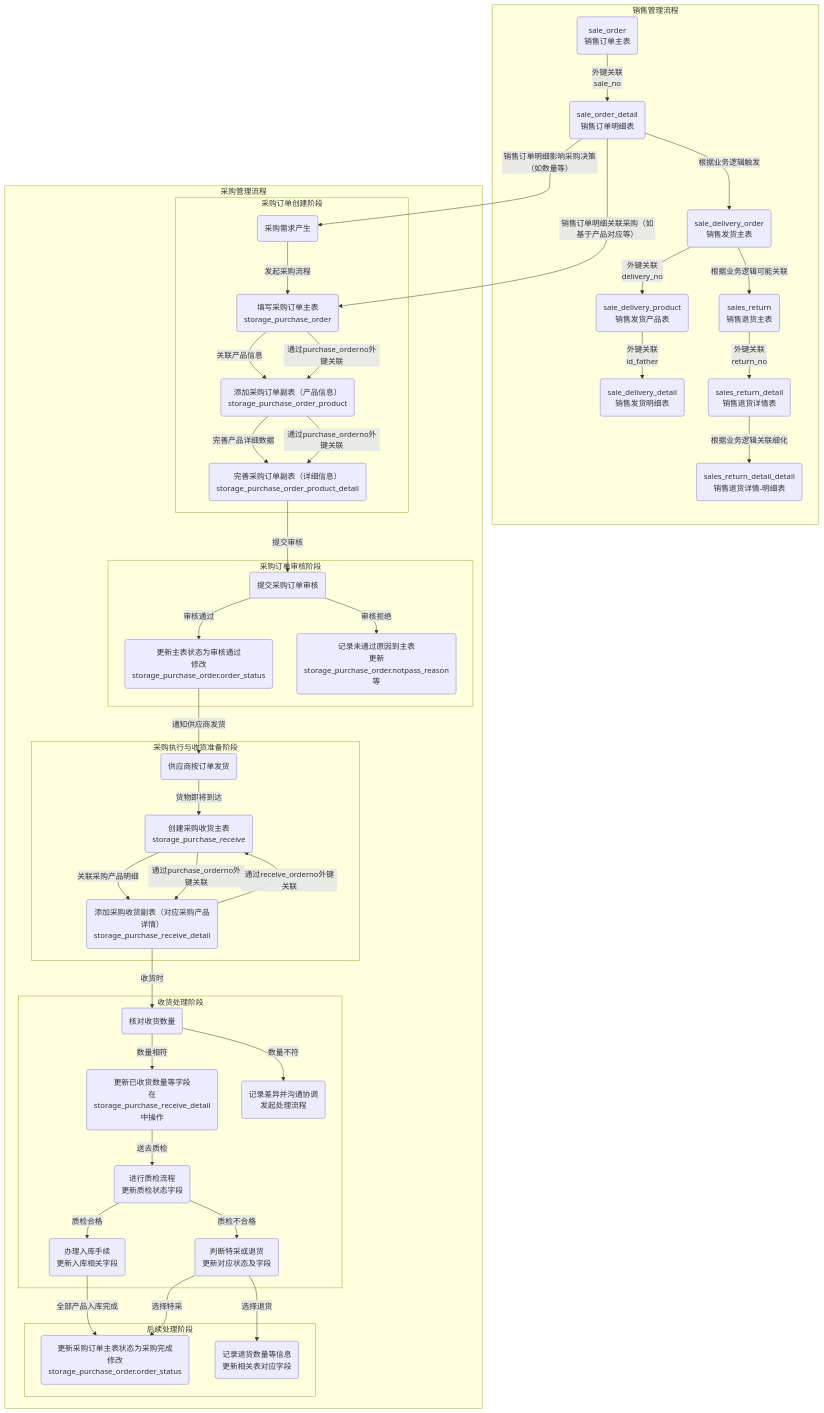
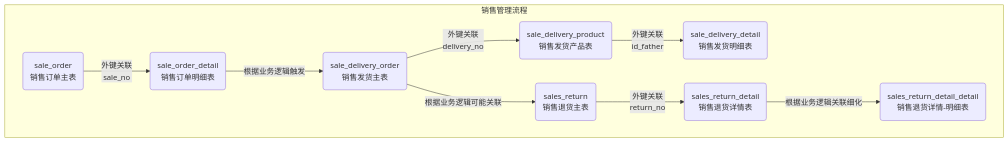
The diagram in all/未命名.md (dashan12344423/iodraw-files), drawn with Mermaid before and after one commit.

Commit message:
2025-01-02 15:28:26 update

````diff
--- a/all/未命名.md
+++ b/all/未命名.md
@@ -1,56 +1,14 @@
 ```mermaid
 graph TD;
 
     subgraph "销售管理流程"
         sale_order("sale_order<br>销售订单主表") -->|外键关联<br>sale_no| sale_order_detail("sale_order_detail<br>销售订单明细表");
         sale_order_detail -->|根据业务逻辑触发| sale_delivery_order("sale_delivery_order<br>销售发货主表");
         sale_delivery_order -->|外键关联<br>delivery_no| sale_delivery_product("sale_delivery_product<br>销售发货产品表");
         sale_delivery_product -->|外键关联<br>id_father| sale_delivery_detail("sale_delivery_detail<br>销售发货明细表");
         sale_delivery_order -->|根据业务逻辑可能关联| sales_return("sales_return<br>销售退货主表");
         sales_return -->|外键关联<br>return_no| sales_return_detail("sales_return_detail<br>销售退货详情表");
         sales_return_detail -->|根据业务逻辑关联细化| sales_return_detail_detail("sales_return_detail_detail<br>销售退货详情-明细表");
     end
 
-    subgraph "采购管理流程"
-        subgraph "采购订单创建阶段"
-            POCreateStart("采购需求产生") -->|发起采购流程| POMainCreate("填写采购订单主表<br>storage_purchase_order")
-            POMainCreate -->|关联产品信息| POProductInfo("添加采购订单副表（产品信息）<br>storage_purchase_order_product")
-            POProductInfo -->|完善产品详细数据| POProductDetail("完善采购订单副表（详细信息）<br>storage_purchase_order_product_detail")
-        end
-
-        subgraph "采购订单审核阶段"
-            POProductDetail -->|提交审核| POAudit("提交采购订单审核")
-            POAudit -->|审核通过| POApproved("更新主表状态为审核通过<br>修改storage_purchase_order.order_status")
-            POAudit -->|审核拒绝| PORefused("记录未通过原因到主表<br>更新storage_purchase_order.notpass_reason等")
-        end
-
-        subgraph "采购执行与收货准备阶段"
-            POApproved -->|通知供应商发货| SupplierDelivery("供应商按订单发货")
-            SupplierDelivery -->|货物即将到达| PRCreate("创建采购收货主表<br>storage_purchase_receive")
-            PRCreate -->|关联采购产品明细| PRDetailCreate("添加采购收货副表（对应采购产品详情）<br>storage_purchase_receive_detail")
-        end
-
-        subgraph "收货处理阶段"
-            PRDetailCreate -->|收货时| QuantityCheck("核对收货数量")
-            QuantityCheck -->|数量相符| QuantityMatch("更新已收货数量等字段<br>在storage_purchase_receive_detail中操作")
-            QuantityCheck -->|数量不符| QuantityMismatch("记录差异并沟通协调<br>发起处理流程")
-            QuantityMatch -->|送去质检| QualityInspection("进行质检流程<br>更新质检状态字段")
-            QualityInspection -->|质检合格| QualityPass("办理入库手续<br>更新入库相关字段")
-            QualityInspection -->|质检不合格| QualityFail("判断特采或退货<br>更新对应状态及字段")
-        end
-
-        subgraph "后续处理阶段"
-            QualityPass -->|全部产品入库完成| PurchaseComplete("更新采购订单主表状态为采购完成<br>修改storage_purchase_order.order_status")
-            QualityFail -->|选择特采| PurchaseComplete
-            QualityFail -->|选择退货| ReturnHandle("记录退货数量等信息<br>更新相关表对应字段")
-        end
-
-        POMainCreate -->|通过purchase_orderno外键关联| POProductInfo
-        POProductInfo -->|通过purchase_orderno外键关联| POProductDetail
-        PRCreate -->|通过purchase_orderno外键关联| PRDetailCreate
-        PRDetailCreate -->|通过receive_orderno外键关联| PRCreate
-    end
-
-    sale_order_detail -->|销售订单明细影响采购决策（如数量等）| POCreateStart
-    sale_order_detail -->|销售订单明细关联采购（如基于产品对应等）| POMainCreate
 ```
````
